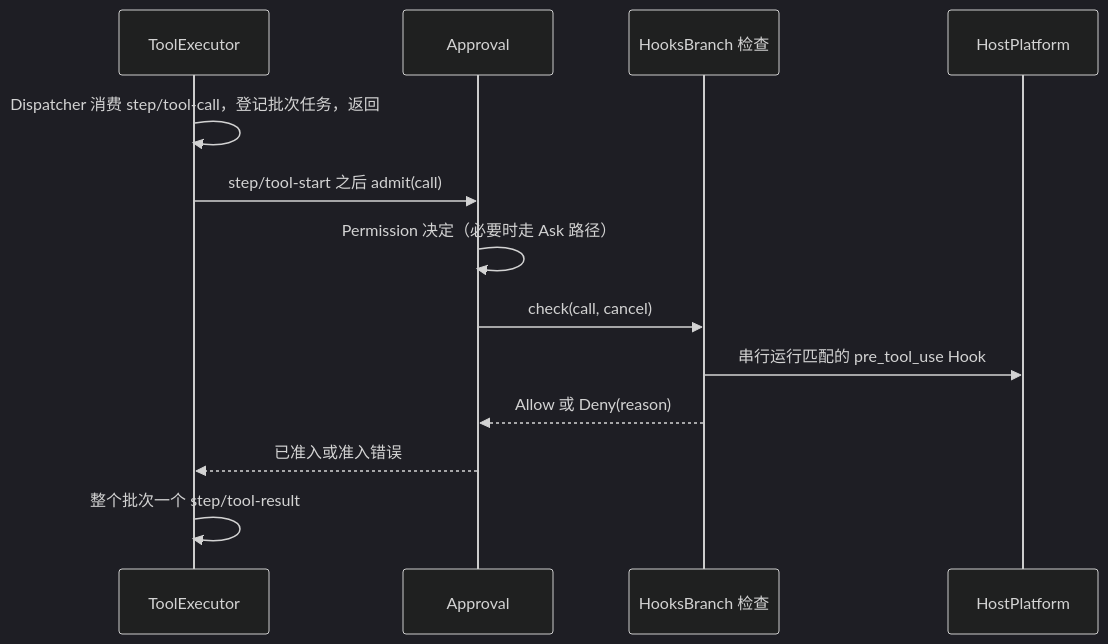
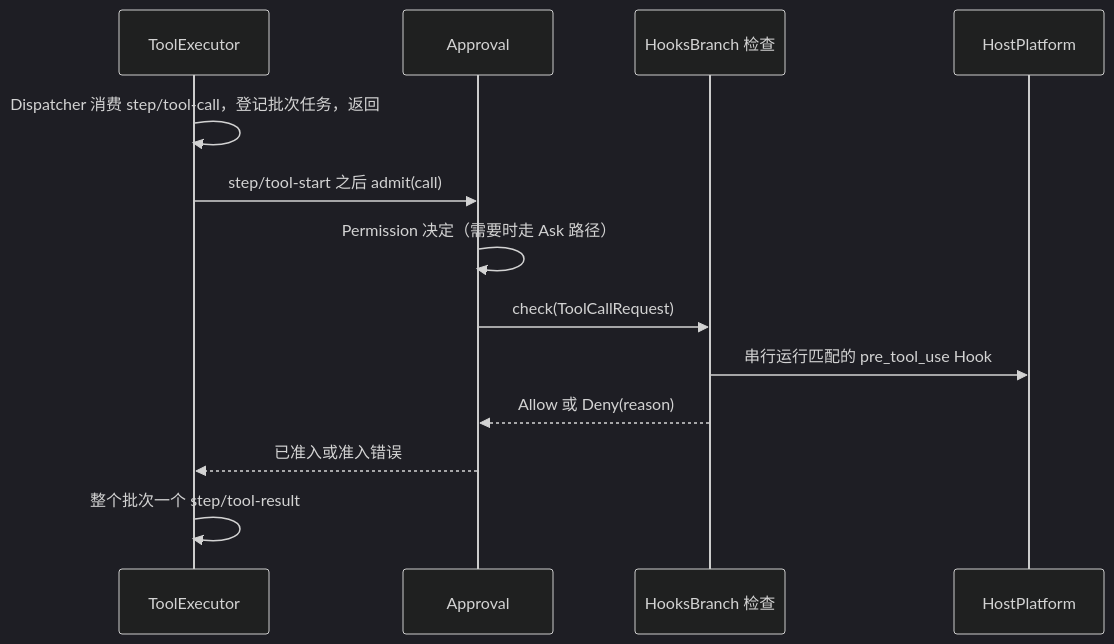
The third of 7 diagrams in docs/zh/design/plugins/Hooks.md (CoutinhoTTS/dim-agent), drawn with Mermaid (dark theme) before and after one commit. The commit also changed other lines of this file and 18 other files, not shown here.

````diff
--- a/docs/zh/design/plugins/Hooks.md
+++ b/docs/zh/design/plugins/Hooks.md
@@ -69,15 +75,15 @@
 ```mermaid
 sequenceDiagram
   participant TE as ToolExecutor
   participant AP as Approval
   participant HB as HooksBranch 检查
   participant HP as HostPlatform
   TE->>TE: Dispatcher 消费 step/tool-call，登记批次任务，返回
   TE->>AP: step/tool-start 之后 admit(call)
-  AP->>AP: Permission 决定（必要时走 Ask 路径）
-  AP->>HB: check(call, cancel)
+  AP->>AP: Permission 决定（需要时走 Ask 路径）
+  AP->>HB: check(ToolCallRequest)
   HB->>HP: 串行运行匹配的 pre_tool_use Hook
   HB-->>AP: Allow 或 Deny(reason)
   AP-->>TE: 已准入或准入错误
   TE->>TE: 整个批次一个 step/tool-result
 ```
````
